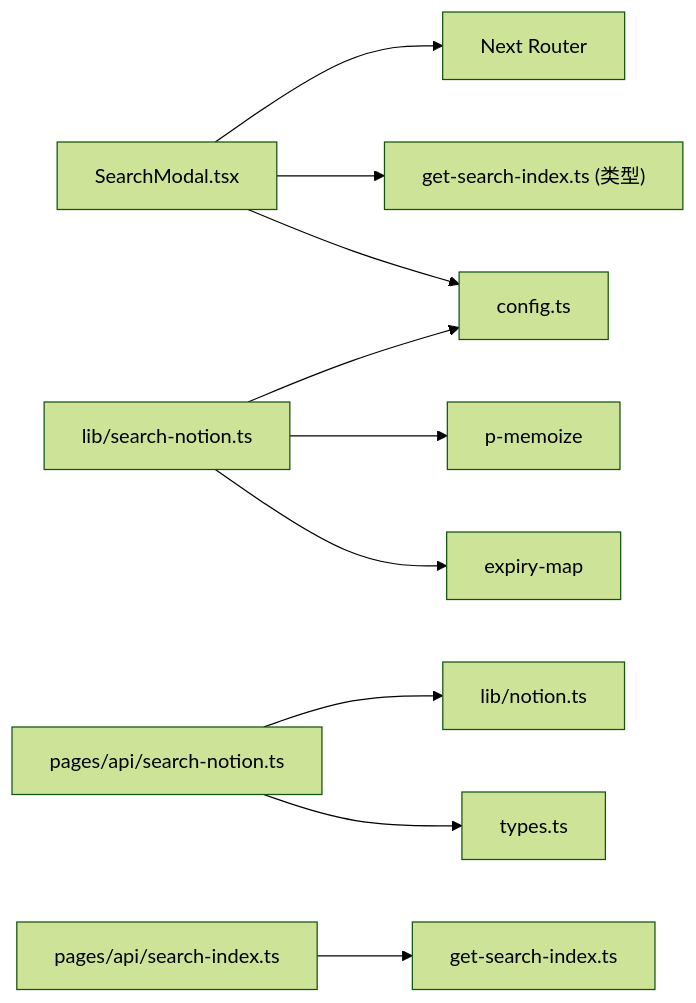
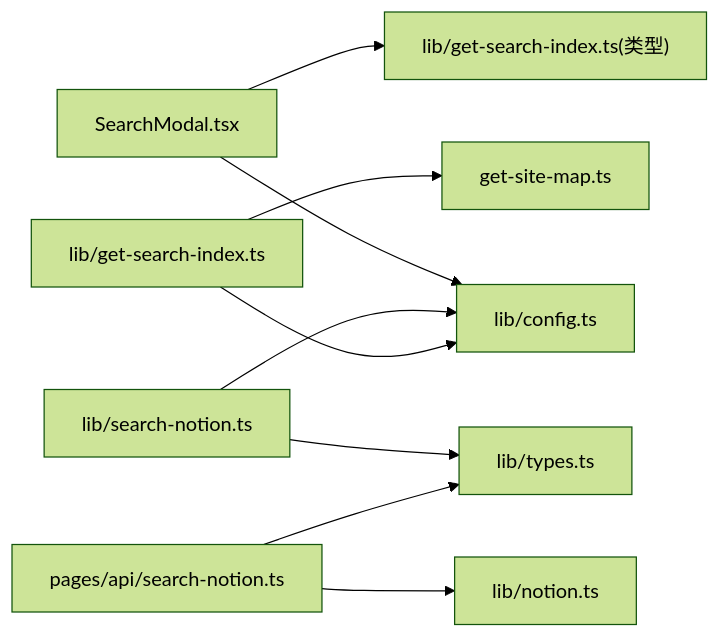
Before and after one commit to PhysicalMouse/nextjs-notion-starter-kit: the seventh of 8 diagrams in .qoder/repowiki/zh/content/搜索功能/搜索功能.md, drawn with Mermaid (forest theme). The commit also changed other lines of this file and 186 other files, not shown here.

````diff
--- a/.qoder/repowiki/zh/content/搜索功能/搜索功能.md
+++ b/.qoder/repowiki/zh/content/搜索功能/搜索功能.md
@@ -269,12 +277,11 @@
 ```mermaid
 graph LR
-SM["SearchModal.tsx"] --> CFG["config.ts"]
-SM --> GSI_TYPES["get-search-index.ts (类型)"]
-SM --> ROUTER["Next Router"]
-LSN["lib/search-notion.ts"] --> EXM["expiry-map"]
-LSN --> PMEM["p-memoize"]
-LSN --> CFG
-API_SN["pages/api/search-notion.ts"] --> TYPES["types.ts"]
-API_SN --> NOTION["lib/notion.ts"]
-API_SI["pages/api/search-index.ts"] --> GSI["get-search-index.ts"]
+SearchModal["SearchModal.tsx"] --> Config["lib/config.ts"]
+SearchModal --> GetIndexTypes["lib/get-search-index.ts(类型)"]
+ClientSearch["lib/search-notion.ts"] --> Config
+ClientSearch --> Types["lib/types.ts"]
+ServerAPI["pages/api/search-notion.ts"] --> Types
+ServerAPI --> NotionLib["lib/notion.ts"]
+GetIndex["lib/get-search-index.ts"] --> Config
+GetIndex --> SiteMap["get-site-map.ts"]
 ```
````
